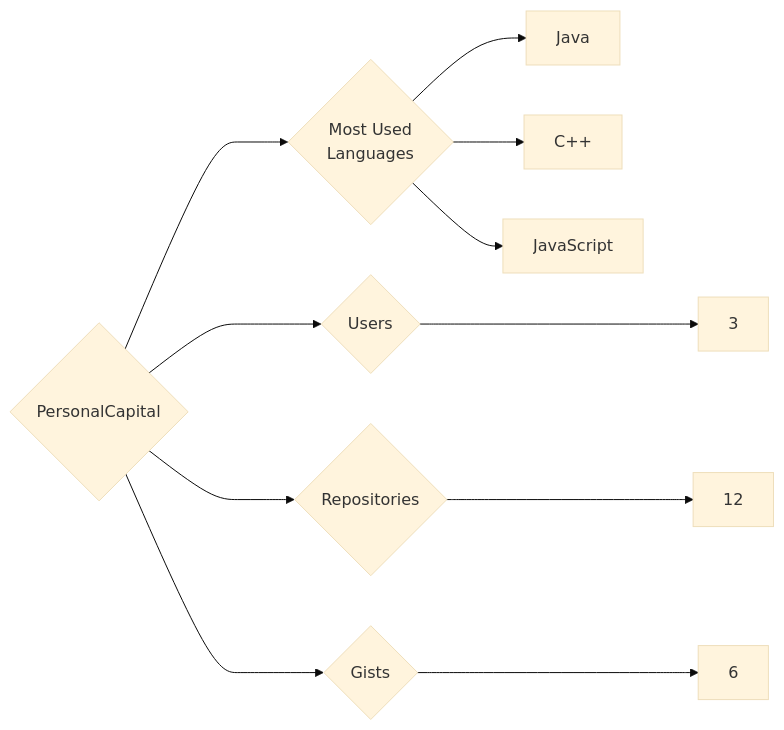
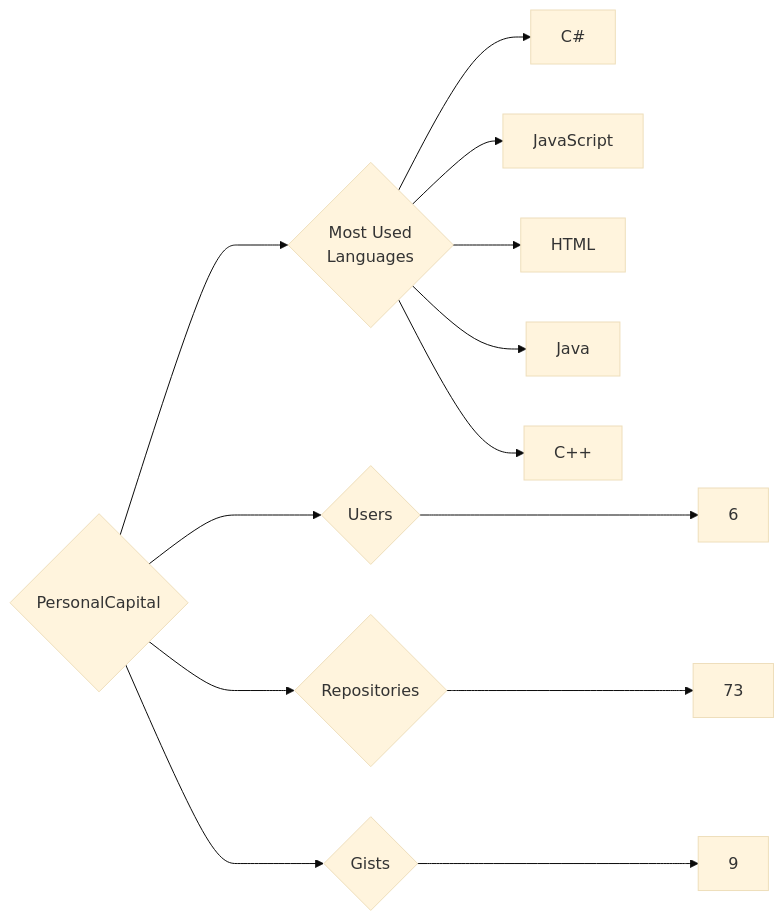
Before and after one commit to trickest/insiders: the diagram in targets/PersonalCapital/README.md, drawn with Mermaid (base theme). The commit also changed 1508 other files, not shown here.

````diff
--- a/targets/PersonalCapital/README.md
+++ b/targets/PersonalCapital/README.md
@@ -3,11 +3,13 @@
 ```mermaid
 graph LR
 COMPANY_NAME{PersonalCapital}
-COMPANY_NAME ---> U{Users} ---> UN[3]
-COMPANY_NAME ---> R{Repositories} ---> RN[12]
-COMPANY_NAME ---> G{Gists} ---> GN[6]
+COMPANY_NAME ---> U{Users} ---> UN[6]
+COMPANY_NAME ---> R{Repositories} ---> RN[73]
+COMPANY_NAME ---> G{Gists} ---> GN[9]
 COMPANY_NAME ---> ML{Most Used<br>Languages}
+ML --> C#[C#]
+ML --> JavaScript[JavaScript]
+ML --> HTML[HTML]
 ML --> Java[Java]
 ML --> C++[C++]
-ML --> JavaScript[JavaScript]
 ```
````
